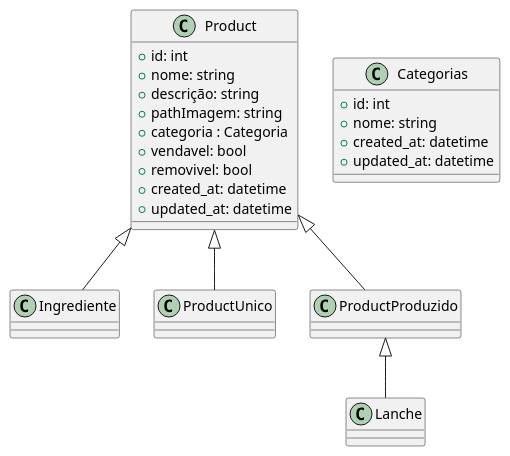
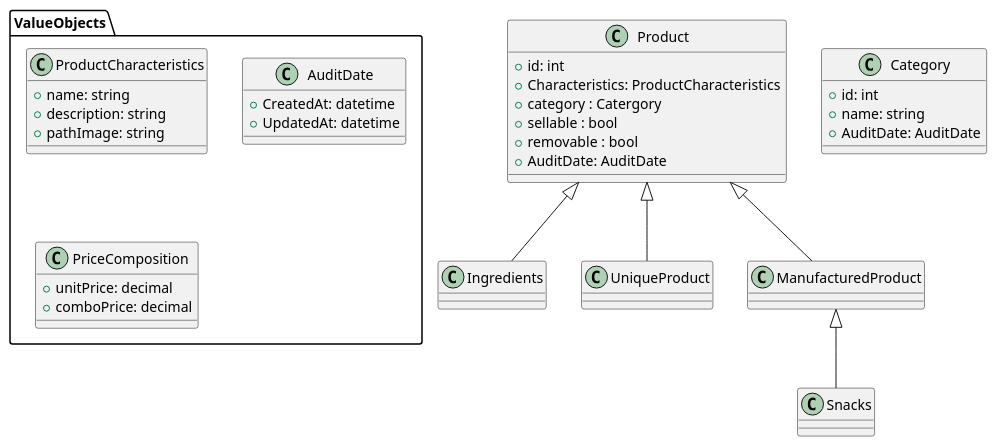
The first of 2 diagrams in docs/src/drafts/ProductDefinition.puml (rochafernando/QuickBite), drawn with PlantUML before and after one commit. The commit also changed 5 other files, not shown here.

```diff
--- a/docs/src/drafts/ProductDefinition.puml
+++ b/docs/src/drafts/ProductDefinition.puml
@@ -1,33 +1,47 @@
 @startuml Product Management
 
 class Product {
     + id: int
-    + nome: string
-    + descrição: string
-    + pathImagem: string
-    + categoria : Categoria
-    + vendavel: bool
-    + removivel: bool
-    + created_at: datetime
-    + updated_at: datetime
+    + Characteristics: ProductCharacteristics
+    + category : Catergory
+    + sellable : bool
+    + removable : bool
+    + AuditDate: AuditDate      
 }
 
 
-class Ingrediente extends Product {}
+class Ingredients extends Product {}
 
-class ProductUnico extends Product {}
+class UniqueProduct extends Product {}
 
-class ProductProduzido extends Product {}
+class ManufacturedProduct extends Product {}
 
-class Lanche extends ProductProduzido {}
+class Snacks extends ManufacturedProduct {}
 
-class Categorias {
+class Category {
     + id: int
-    + nome: string
-    + created_at: datetime
-    + updated_at: datetime
+    + name: string
+    + AuditDate: AuditDate
+}
+
+namespace ValueObjects {
+    class  ProductCharacteristics {                
+        + name: string
+        + description: string
+        + pathImage: string        
+    }
+
+    class AuditDate {
+        + CreatedAt: datetime
+        + UpdatedAt: datetime
+    }
+
+    class PriceComposition {
+        + unitPrice: decimal
+        + comboPrice: decimal
+    }
 }
 
 
 
 @enduml
```
